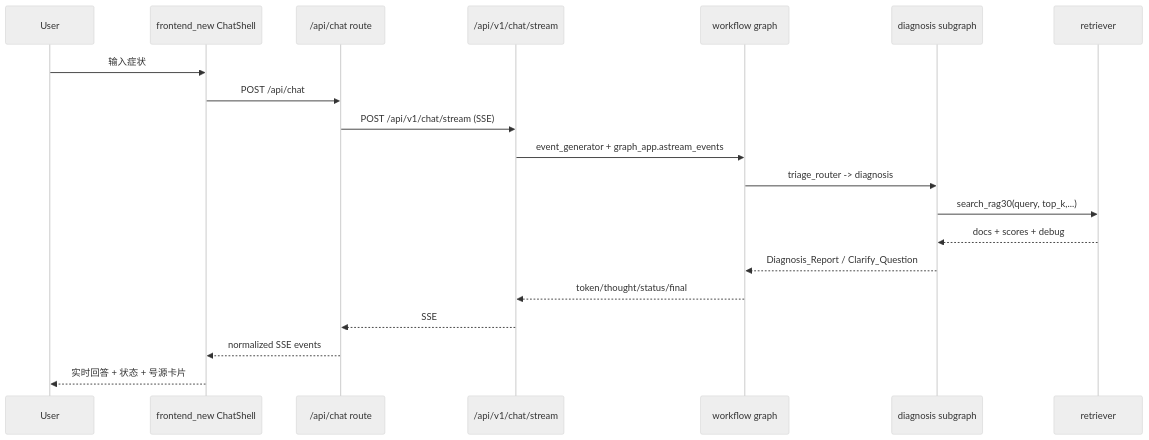
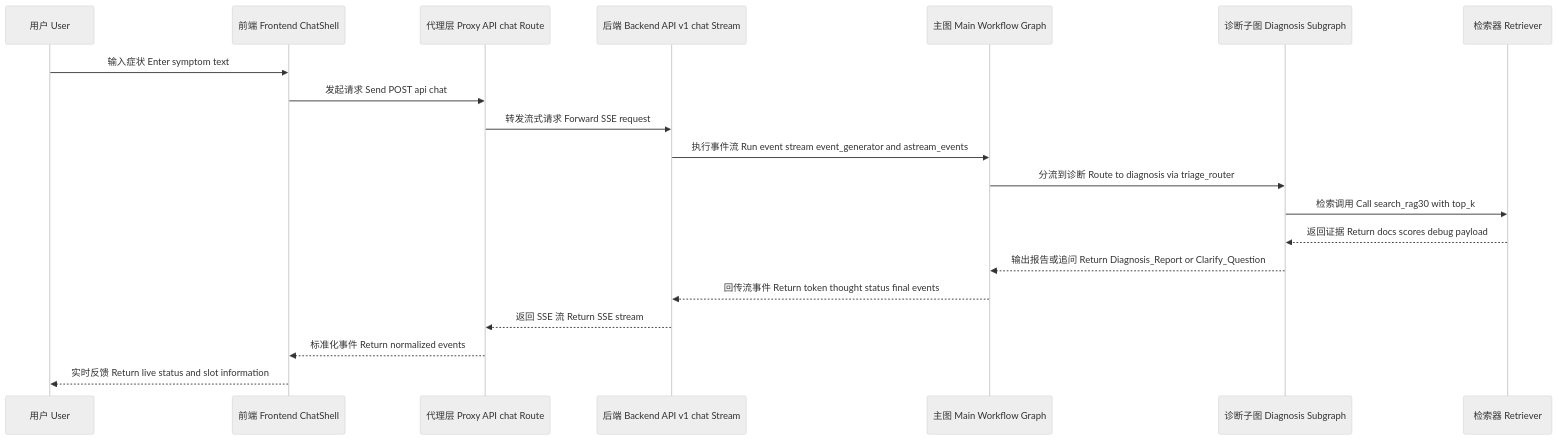
Before and after one commit to standbyme626/smart_hospital_agent: the second of 3 diagrams in README.md, drawn with Mermaid (neutral theme). The commit also changed other lines of this file, not shown here.

Commit message:
docs: bilingualize all three Mermaid diagrams in README

````diff
--- a/README.md
+++ b/README.md
@@ -157,23 +157,23 @@
 ```mermaid
 sequenceDiagram
-    participant User
-    participant FE as frontend_new ChatShell
-    participant Proxy as /api/chat route
-    participant BE as /api/v1/chat/stream
-    participant G as workflow graph
-    participant DG as diagnosis subgraph
-    participant RAG as retriever
+    participant U as 用户 User
+    participant FE as 前端 Frontend ChatShell
+    participant PX as 代理层 Proxy API chat Route
+    participant BE as 后端 Backend API v1 chat Stream
+    participant G as 主图 Main Workflow Graph
+    participant DG as 诊断子图 Diagnosis Subgraph
+    participant RAG as 检索器 Retriever
 
-    User->>FE: 输入症状
-    FE->>Proxy: POST /api/chat
-    Proxy->>BE: POST /api/v1/chat/stream (SSE)
-    BE->>G: event_generator + graph_app.astream_events
-    G->>DG: triage_router -> diagnosis
-    DG->>RAG: search_rag30(query, top_k,...)
-    RAG-->>DG: docs + scores + debug
-    DG-->>G: Diagnosis_Report / Clarify_Question
-    G-->>BE: token/thought/status/final
-    BE-->>Proxy: SSE
-    Proxy-->>FE: normalized SSE events
-    FE-->>User: 实时回答 + 状态 + 号源卡片
+    U->>FE: 输入症状 Enter symptom text
+    FE->>PX: 发起请求 Send POST api chat
+    PX->>BE: 转发流式请求 Forward SSE request
+    BE->>G: 执行事件流 Run event stream event_generator and astream_events
+    G->>DG: 分流到诊断 Route to diagnosis via triage_router
+    DG->>RAG: 检索调用 Call search_rag30 with top_k
+    RAG-->>DG: 返回证据 Return docs scores debug payload
+    DG-->>G: 输出报告或追问 Return Diagnosis_Report or Clarify_Question
+    G-->>BE: 回传流事件 Return token thought status final events
+    BE-->>PX: 返回 SSE 流 Return SSE stream
+    PX-->>FE: 标准化事件 Return normalized events
+    FE-->>U: 实时反馈 Return live status and slot information
 ```
````
